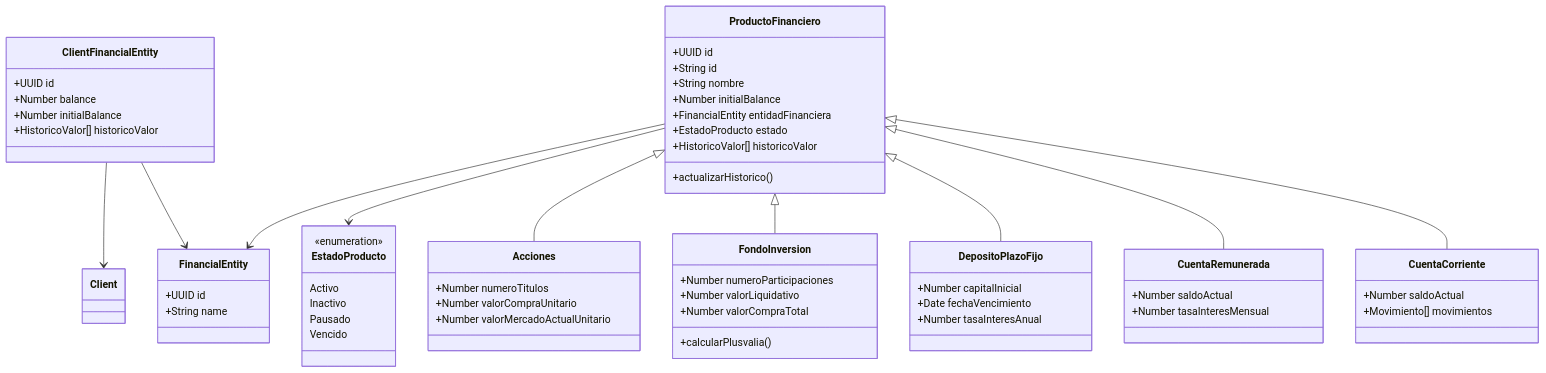
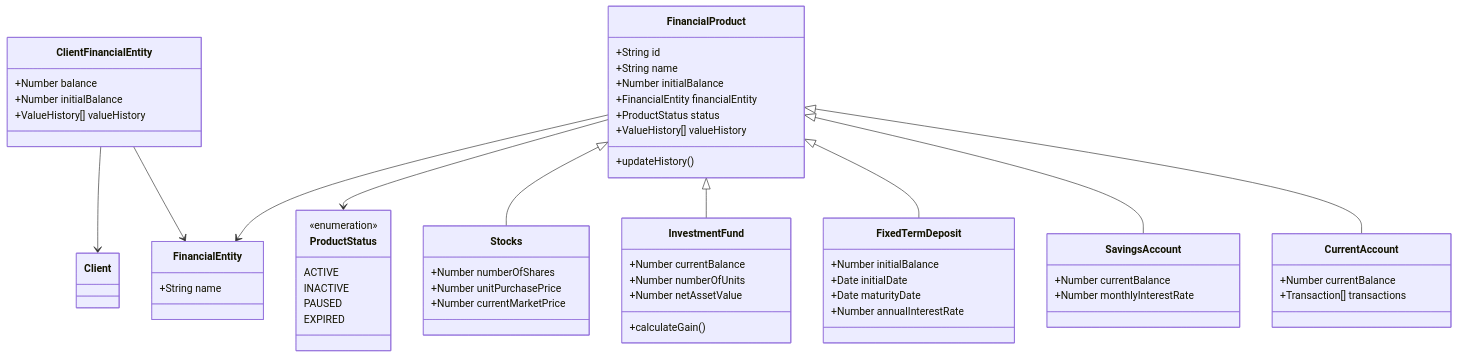
One commit to pabordonez/myfintonic changed the diagram in docs/001-myfintonic_design.md. Above: the diagram before and after it, drawn with Mermaid. The commit also changed other lines of this file and 10 other files, not shown here.

First line of the commit message:
Refactor current balance (#29)

````diff
--- a/docs/001-myfintonic_design.md
+++ b/docs/001-myfintonic_design.md
@@ -339,73 +352,71 @@
 ```mermaid
 classDiagram
     class FinancialEntity {
-        +UUID id
         +String name
     }
 
     class ClientFinancialEntity {
-        +UUID id
         +Number balance
         +Number initialBalance
-        +HistoricoValor[] historicoValor
+        +ValueHistory[] valueHistory
     }
 
-    class ProductoFinanciero {
-        +UUID id
+    class FinancialProduct {
         +String id
-        +String nombre
+        +String name
         +Number initialBalance
-        +FinancialEntity entidadFinanciera
-        +EstadoProducto estado
-        +HistoricoValor[] historicoValor
-        +actualizarHistorico()
+        +FinancialEntity financialEntity
+        +ProductStatus status
+        +ValueHistory[] valueHistory
+        +updateHistory()
     }
 
-    class CuentaCorriente {
-        +Number saldoActual
-        +Movimiento[] movimientos
+    class CurrentAccount {
+        +Number currentBalance
+        +Transaction[] transactions
     }
 
-    class CuentaRemunerada {
-        +Number saldoActual
-        +Number tasaInteresMensual
+    class SavingsAccount {
+        +Number currentBalance
+        +Number monthlyInterestRate
     }
 
-    class DepositoPlazoFijo {
-        +Number capitalInicial
-        +Date fechaVencimiento
-        +Number tasaInteresAnual
+    class FixedTermDeposit {
+        +Number initialBalance
+        +Date initialDate
+        +Date maturityDate
+        +Number annualInterestRate
     }
 
-    class FondoInversion {
-        +Number numeroParticipaciones
-        +Number valorLiquidativo
-        +Number valorCompraTotal
-        +calcularPlusvalia()
+    class InvestmentFund {
+        +Number currentBalance
+        +Number numberOfUnits
+        +Number netAssetValue
+        +calculateGain()
     }
 
-    class Acciones {
-        +Number numeroTitulos
-        +Number valorCompraUnitario
-        +Number valorMercadoActualUnitario
+    class Stocks {
+        +Number numberOfShares
+        +Number unitPurchasePrice
+        +Number currentMarketPrice
     }
 
-    ProductoFinanciero <|-- CuentaCorriente
-    ProductoFinanciero <|-- CuentaRemunerada
-    ProductoFinanciero <|-- DepositoPlazoFijo
-    ProductoFinanciero <|-- FondoInversion
-    ProductoFinanciero <|-- Acciones
+    FinancialProduct <|-- CurrentAccount
+    FinancialProduct <|-- SavingsAccount
+    FinancialProduct <|-- FixedTermDeposit
+    FinancialProduct <|-- InvestmentFund
+    FinancialProduct <|-- Stocks
 
-    class EstadoProducto {
+    class ProductStatus {
         <<enumeration>>
-        Activo
-        Inactivo
-        Pausado
-        Vencido
+        ACTIVE
+        INACTIVE
+        PAUSED
+        EXPIRED
     }
 
-    ProductoFinanciero --> EstadoProducto
-    ProductoFinanciero --> FinancialEntity
+    FinancialProduct --> ProductStatus
+    FinancialProduct --> FinancialEntity
     ClientFinancialEntity --> FinancialEntity
     ClientFinancialEntity --> Client
 ```
````
